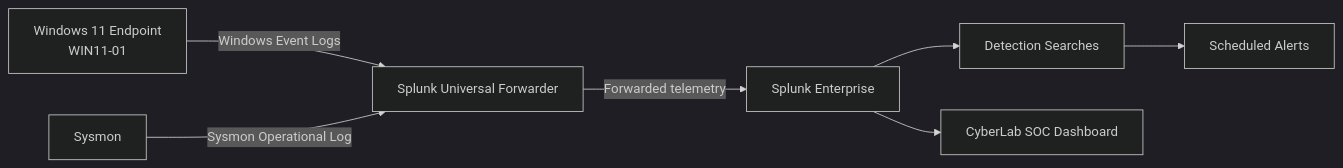
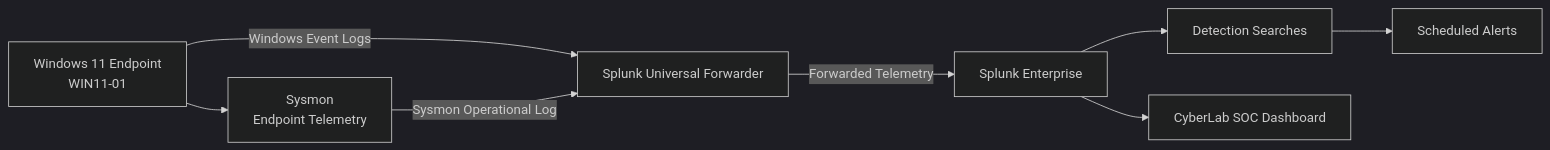
The diagram in README.md (ldjontz/CyberLab-SOC-Home-Lab), drawn with Mermaid (dark theme) before and after one commit. The commit also changed other lines of this file, not shown here.

Commit message:
Revise architecture diagram and add data flow details
Updated the architecture diagram in README.md for clarity and added a data flow explanation.

````diff
--- a/README.md
+++ b/README.md
@@ -23,9 +23,18 @@
-``` mermaid
+```mermaid
 flowchart LR
-    W[Windows 11 Endpoint\nWIN11-01] -->|Windows Event Logs| UF[Splunk Universal Forwarder]
-    S[Sysmon] -->|Sysmon Operational Log| UF
-    UF -->|Forwarded telemetry| SP[Splunk Enterprise]
-    SP --> D[Detection Searches]
-    D --> A[Scheduled Alerts]
-    SP --> DB[CyberLab SOC Dashboard]
+    WIN["Windows 11 Endpoint<br/>WIN11-01"]
+    SYS["Sysmon<br/>Endpoint Telemetry"]
+    UF["Splunk Universal Forwarder"]
+    SPLUNK["Splunk Enterprise"]
+    DET["Detection Searches"]
+    ALERT["Scheduled Alerts"]
+    DASH["CyberLab SOC Dashboard"]
+
+    WIN -->|"Windows Event Logs"| UF
+    WIN --> SYS
+    SYS -->|"Sysmon Operational Log"| UF
+    UF -->|"Forwarded Telemetry"| SPLUNK
+    SPLUNK --> DET
+    DET --> ALERT
+    SPLUNK --> DASH
 ```
````
